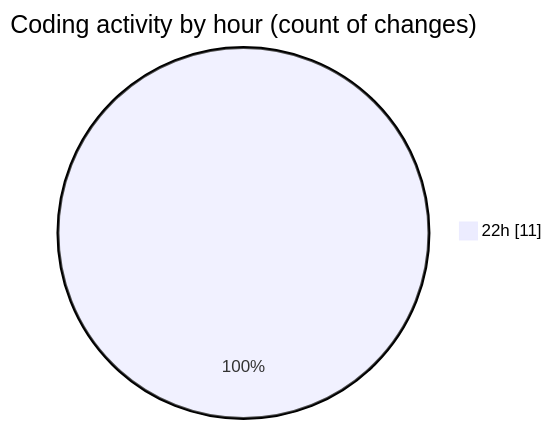
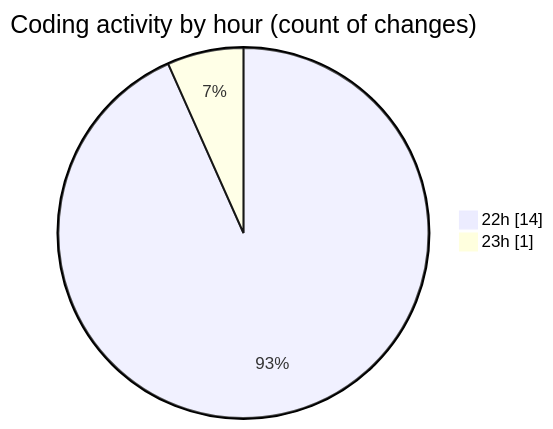
One commit to lephambinh05/code-tracking changed the second of 2 diagrams in 2025-09-14/hiai-phf/README.md. Above: the diagram before and after it, drawn with Mermaid. The commit also changed other lines of this file and 1 other file, not shown here.

````diff
--- a/2025-09-14/hiai-phf/README.md
+++ b/2025-09-14/hiai-phf/README.md
@@ -37,5 +37,6 @@
 ```mermaid
 pie showData
 title Coding activity by hour (count of changes)
-"22h" : 11
+"22h" : 14
+"23h" : 1
 ```
````
